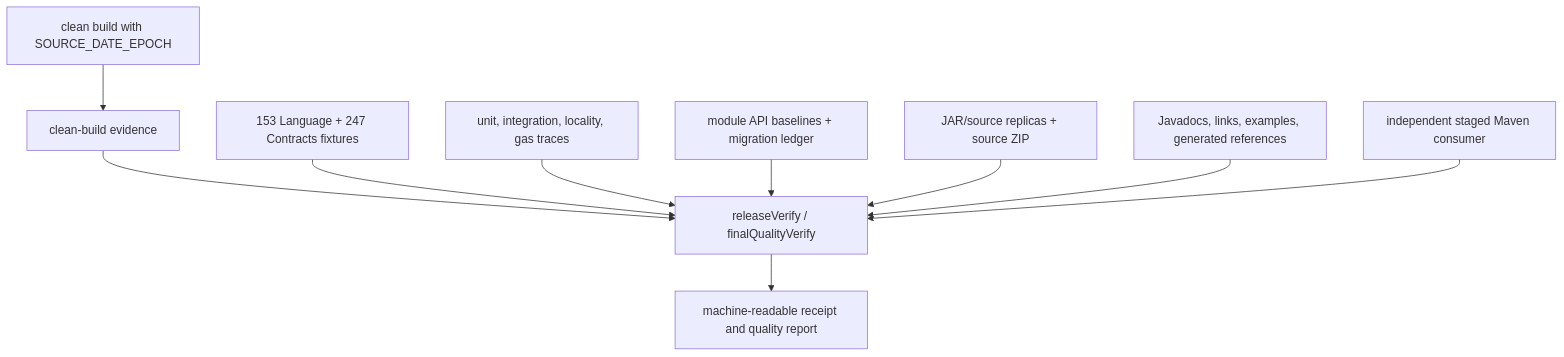
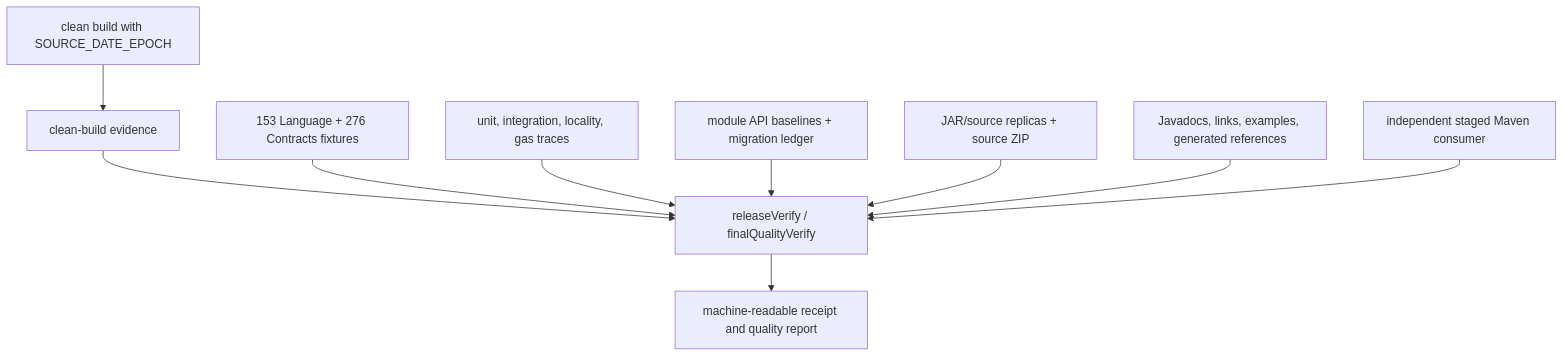
The diagram in docs/architecture/conformance-and-release.md (bluecontract/blue-language-java), drawn with Mermaid before and after one commit. The commit also changed other lines of this file and 14 other files, not shown here.

````diff
--- a/docs/architecture/conformance-and-release.md
+++ b/docs/architecture/conformance-and-release.md
@@ -7,12 +7,12 @@
 ```mermaid
 flowchart TD
     Clean["clean build with SOURCE_DATE_EPOCH"] --> Marker["clean-build evidence"]
     Marker --> Verify["releaseVerify / finalQualityVerify"]
-    Fixtures["153 Language + 247 Contracts fixtures"] --> Verify
+    Fixtures["153 Language + 276 Contracts fixtures"] --> Verify
     Tests["unit, integration, locality, gas traces"] --> Verify
     API["module API baselines + migration ledger"] --> Verify
     Archives["JAR/source replicas + source ZIP"] --> Verify
     Docs["Javadocs, links, examples, generated references"] --> Verify
     Smoke["independent staged Maven consumer"] --> Verify
     Verify --> Receipt["machine-readable receipt and quality report"]
 ```
````
